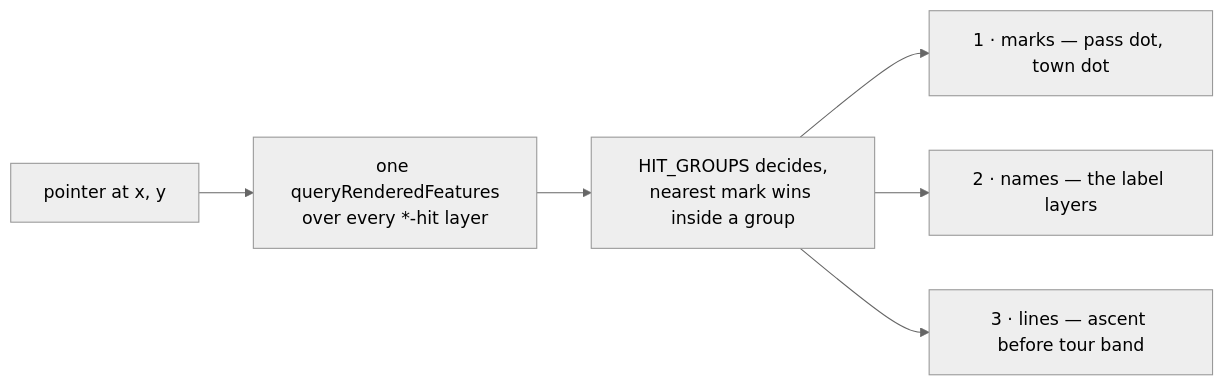
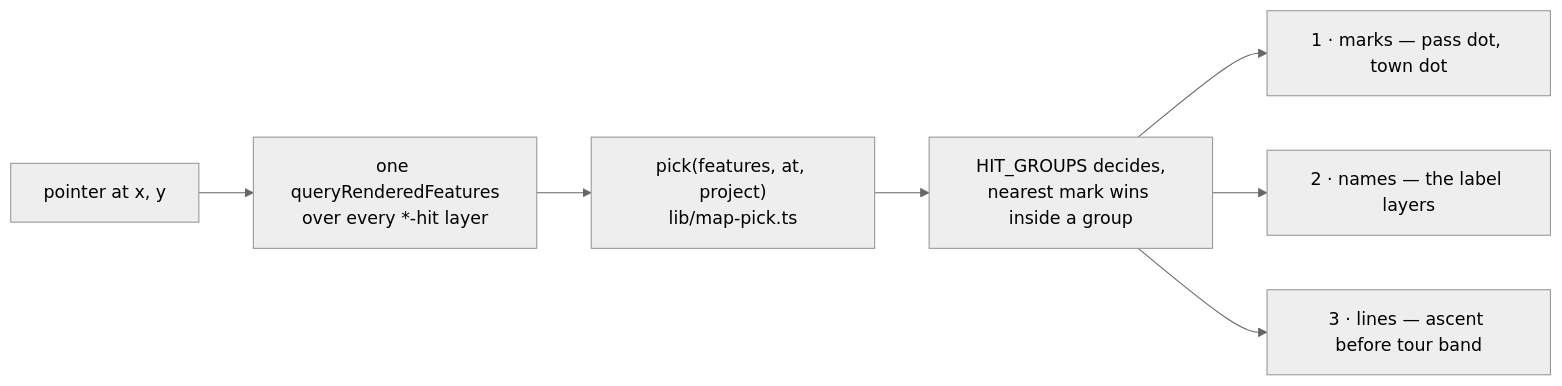
The fourth of 4 diagrams in docs/map-rendering.md (mdugue/alpen), drawn with Mermaid (neutral theme) before and after one commit. The commit also changed other lines of this file and 182 other files, not shown here.

````diff
--- a/docs/map-rendering.md
+++ b/docs/map-rendering.md
@@ -159,8 +270,9 @@
 ```mermaid
 flowchart LR
   Q["pointer at x, y"] --> R["one queryRenderedFeatures<br/>over every *-hit layer"]
-  R --> G["HIT_GROUPS decides,<br/>nearest mark wins inside a group"]
+  R --> P["pick(features, at, project)<br/>lib/map-pick.ts"]
+  P --> G["HIT_GROUPS decides,<br/>nearest mark wins inside a group"]
   G --> A["1 · marks — pass dot, town dot"]
   G --> B["2 · names — the label layers"]
   G --> C["3 · lines — ascent before tour band"]
 ```
````
